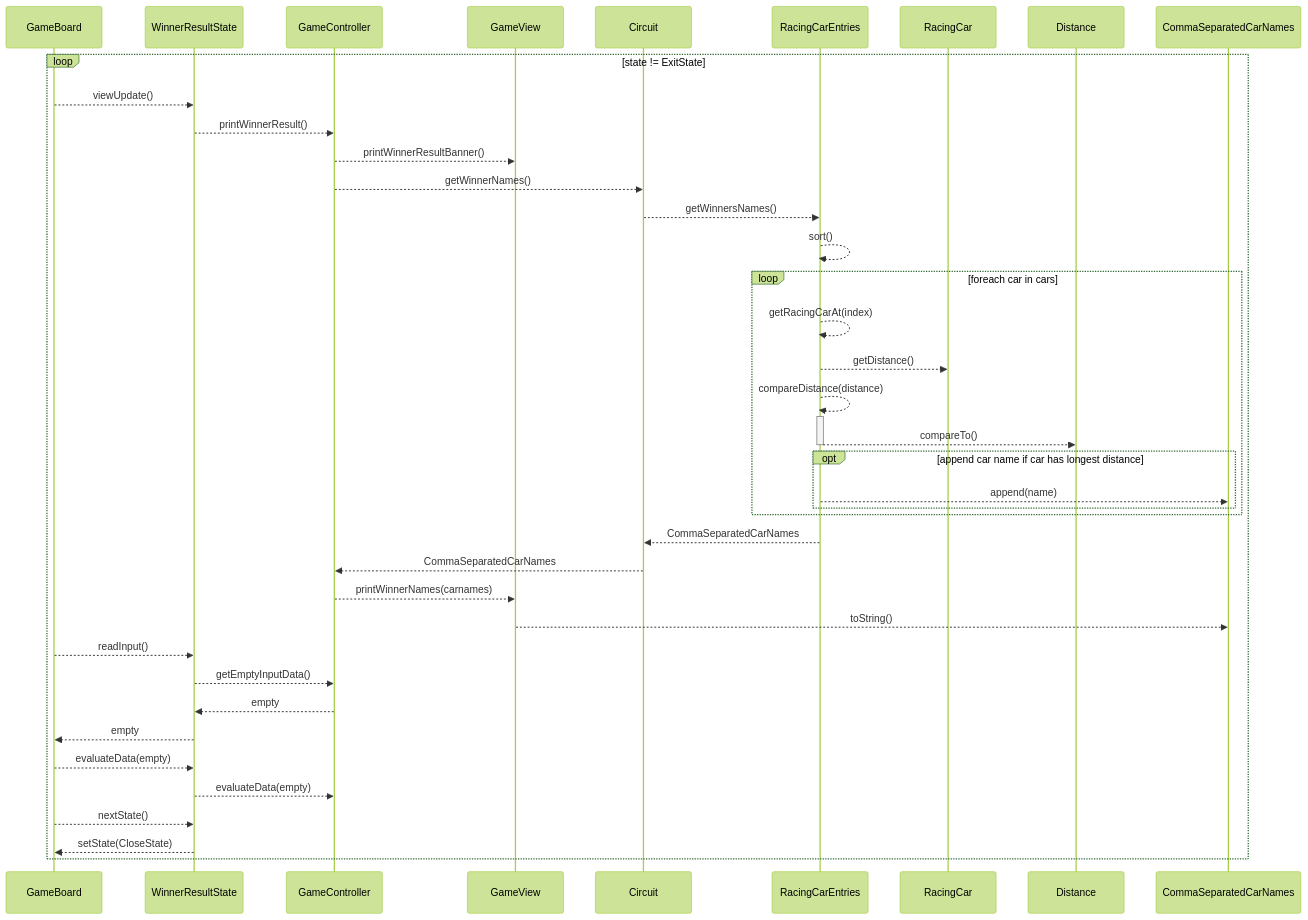
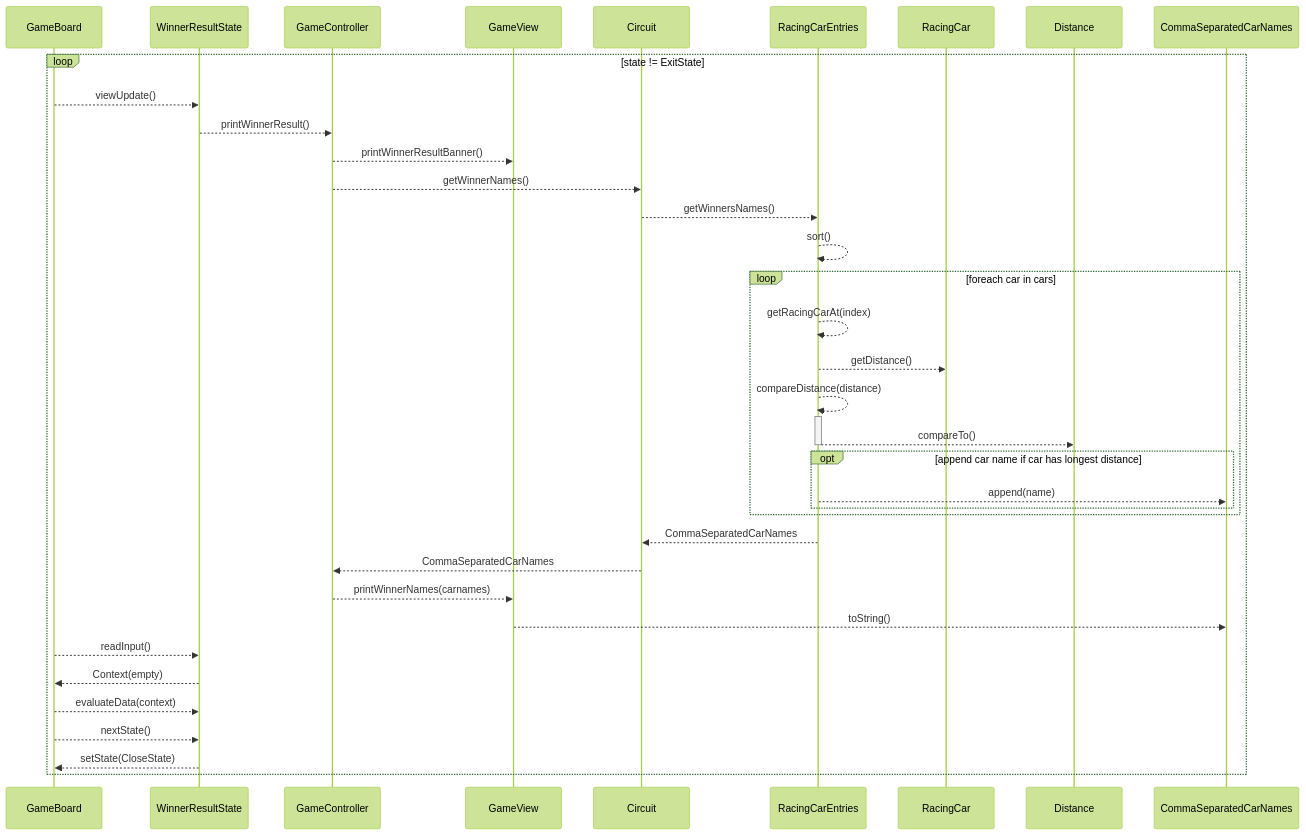
One commit to digiry/java-racingcar-precourse changed the seventh of 8 diagrams in docs/sequence_diagram.md. Above: the diagram before and after it, drawn with Mermaid (forest theme). The commit also changed other lines of this file and 2 other files, not shown here.

Commit message:
docs: remove getEmptyInputData

````diff
--- a/docs/sequence_diagram.md
+++ b/docs/sequence_diagram.md
@@ -256,38 +249,35 @@
 ```mermaid
 sequenceDiagram
     loop state != ExitState
         GameBoard -->> WinnerResultState : viewUpdate()
         WinnerResultState -->> GameController : printWinnerResult()
         GameController -->> GameView : printWinnerResultBanner()
         GameController -->> Circuit : getWinnerNames()
         Circuit -->> RacingCarEntries : getWinnersNames()
         RacingCarEntries -->> RacingCarEntries : sort()
 
         loop foreach car in cars
             RacingCarEntries -->> RacingCarEntries : getRacingCarAt(index)
             RacingCarEntries -->> RacingCar : getDistance()
             RacingCarEntries -->>+ RacingCarEntries : compareDistance(distance)
             RacingCarEntries -->>- Distance : compareTo()
 
             opt append car name if car has longest distance
                 RacingCarEntries -->> CommaSeparatedCarNames : append(name)
             end
         end
 
         RacingCarEntries -->> Circuit : CommaSeparatedCarNames
         Circuit -->> GameController : CommaSeparatedCarNames
         GameController -->> GameView : printWinnerNames(carnames)
         GameView -->> CommaSeparatedCarNames : toString()
 
         GameBoard -->> WinnerResultState : readInput()
-        WinnerResultState -->> GameController : getEmptyInputData()
-        GameController -->> WinnerResultState : empty
-        WinnerResultState -->> GameBoard : empty
+        WinnerResultState -->> GameBoard : Context(empty)
 
-        GameBoard -->> WinnerResultState : evaluateData(empty)
-        WinnerResultState -->> GameController : evaluateData(empty)
+        GameBoard -->> WinnerResultState : evaluateData(context)
         
         GameBoard -->> WinnerResultState : nextState()
         WinnerResultState -->> GameBoard : setState(CloseState)
     end
 ```
````
